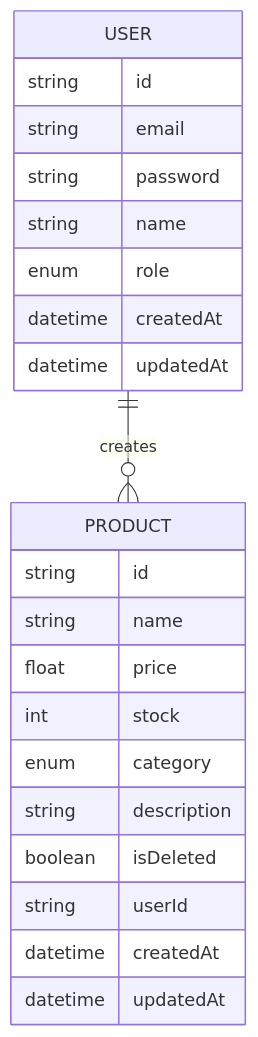
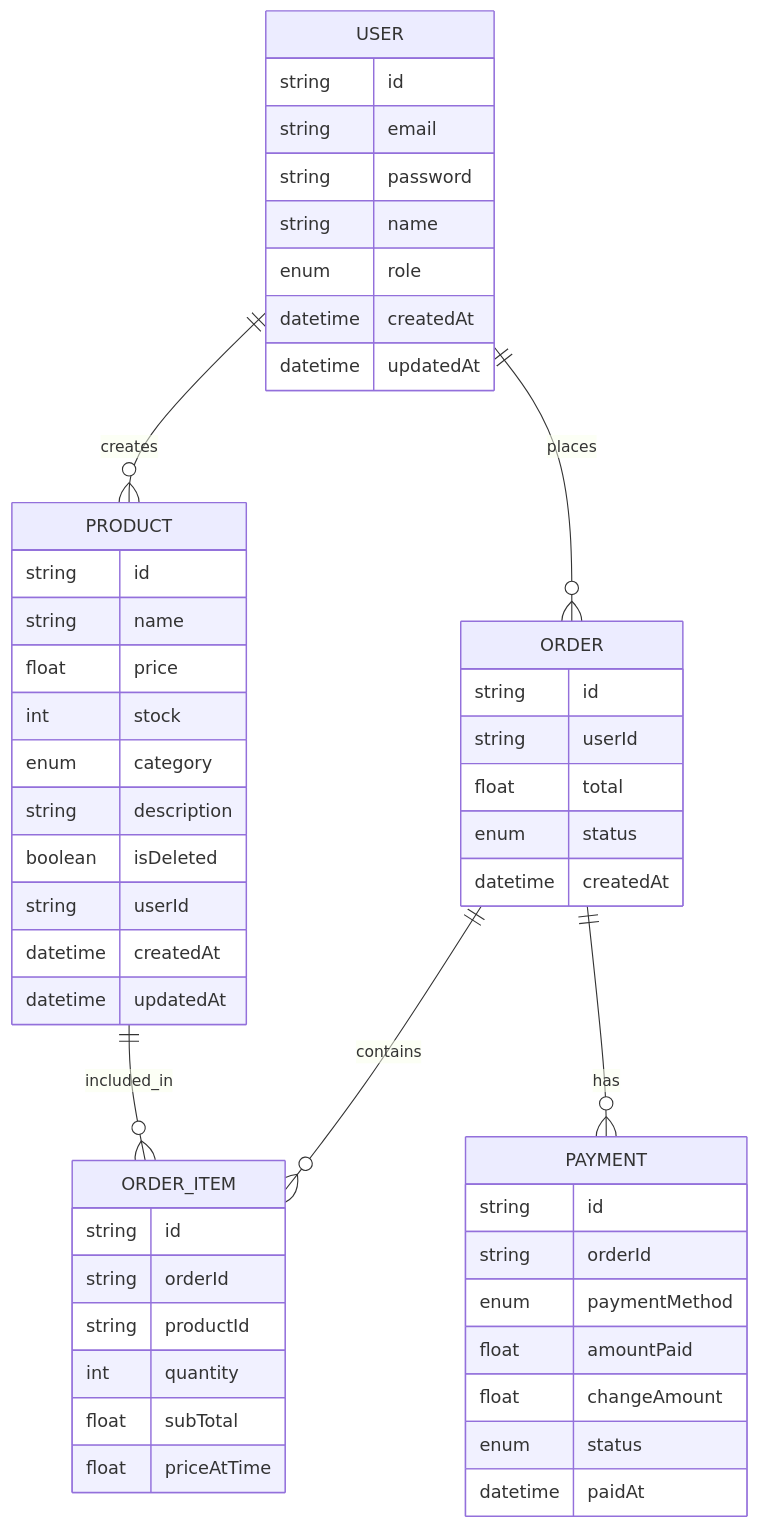
One commit to sarahnh05/store-management-api changed the diagram in README.md. Above: the diagram before and after it, drawn with Mermaid. The commit also changed other lines of this file, not shown here.

````diff
--- a/README.md
+++ b/README.md
@@ -20,26 +65,62 @@
 ```mermaid
 erDiagram
+
 USER ||--o{ PRODUCT : creates
+USER ||--o{ ORDER : places
+
+PRODUCT ||--o{ ORDER_ITEM : included_in
+ORDER ||--o{ ORDER_ITEM : contains
+
+ORDER ||--o{ PAYMENT : has
+
 USER {
   string id
   string email
   string password
   string name
   enum role
   datetime createdAt
   datetime updatedAt
 }
 
 PRODUCT {
   string id
   string name
   float price
   int stock
   enum category
   string description
   boolean isDeleted
   string userId
   datetime createdAt
   datetime updatedAt
 }
+
+ ORDER {
+    string id
+    string userId
+    float total
+    enum status
+    datetime createdAt
+  }
+
+  ORDER_ITEM {
+    string id
+    string orderId
+    string productId
+    int quantity
+    float subTotal
+    float priceAtTime
+  }
+
+  PAYMENT {
+    string id
+    string orderId
+    enum paymentMethod
+    float amountPaid
+    float changeAmount
+    enum status
+    datetime paidAt
+  }
+
 ```
````
